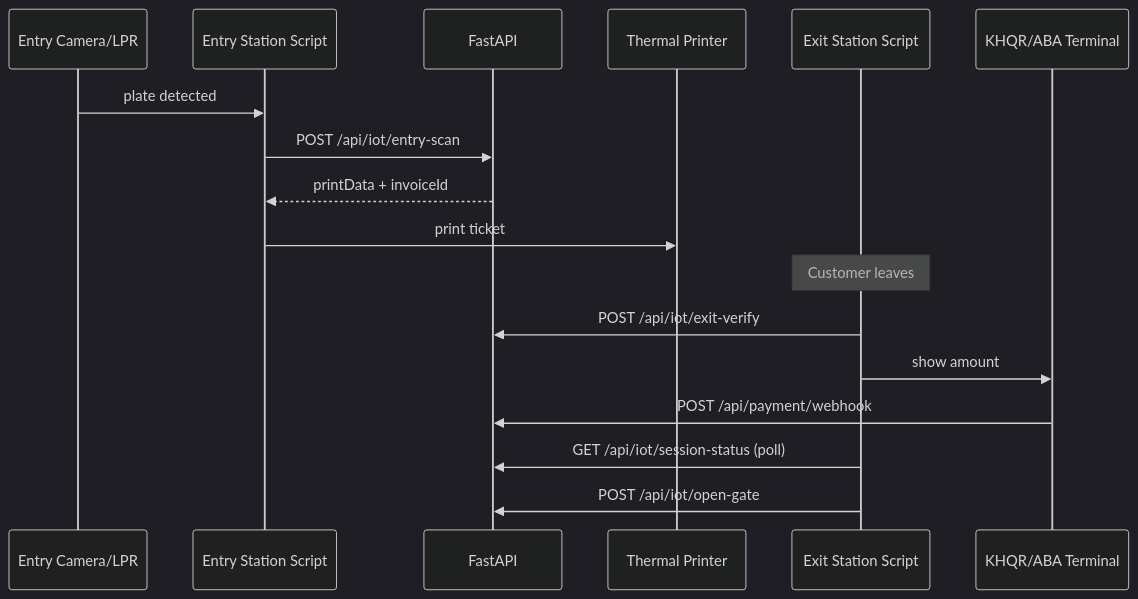
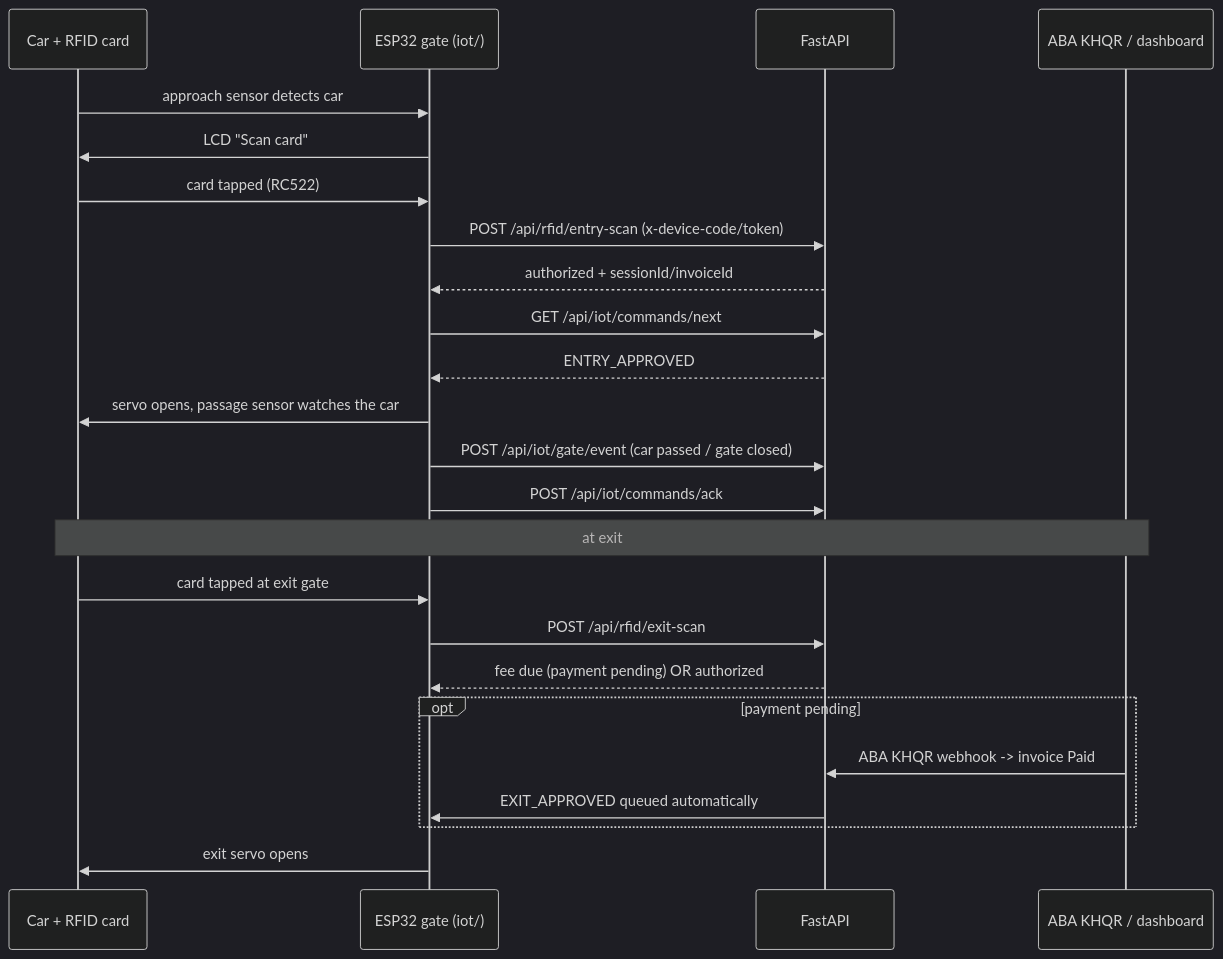
The diagram in backend/docs/IOT_DEVICES.md (Kimheang-code-IT/IOT-Parking-system), drawn with Mermaid (dark theme) before and after one commit. The commit also changed other lines of this file and 125 other files, not shown here.

First line of the commit message:
Add RFID gate stack, PostgreSQL Docker infrastructure, and tests

````diff
--- a/backend/docs/IOT_DEVICES.md
+++ b/backend/docs/IOT_DEVICES.md
@@ -11,20 +13,28 @@
 ```mermaid
 sequenceDiagram
-    participant Cam as Entry Camera/LPR
-    participant Entry as Entry Station Script
+    participant Car as Car + RFID card
+    participant ESP as ESP32 gate (iot/)
     participant API as FastAPI
-    participant Printer as Thermal Printer
-    participant Exit as Exit Station Script
-    participant Pay as KHQR/ABA Terminal
+    participant Pay as ABA KHQR / dashboard
 
-    Cam->>Entry: plate detected
-    Entry->>API: POST /api/iot/entry-scan
-    API-->>Entry: printData + invoiceId
-    Entry->>Printer: print ticket
-    Note over Exit: Customer leaves
-    Exit->>API: POST /api/iot/exit-verify
-    Exit->>Pay: show amount
-    Pay->>API: POST /api/payment/webhook
-    Exit->>API: GET /api/iot/session-status (poll)
-    Exit->>API: POST /api/iot/open-gate
+    Car->>ESP: approach sensor detects car
+    ESP->>Car: LCD "Scan card"
+    Car->>ESP: card tapped (RC522)
+    ESP->>API: POST /api/rfid/entry-scan  (x-device-code/token)
+    API-->>ESP: authorized + sessionId/invoiceId
+    ESP->>API: GET /api/iot/commands/next
+    API-->>ESP: ENTRY_APPROVED
+    ESP->>Car: servo opens, passage sensor watches the car
+    ESP->>API: POST /api/iot/gate/event (car passed / gate closed)
+    ESP->>API: POST /api/iot/commands/ack
+
+    Note over Car,Pay: at exit
+    Car->>ESP: card tapped at exit gate
+    ESP->>API: POST /api/rfid/exit-scan
+    API-->>ESP: fee due (payment pending) OR authorized
+    opt payment pending
+        Pay->>API: ABA KHQR webhook -> invoice Paid
+        API->>ESP: EXIT_APPROVED queued automatically
+    end
+    ESP->>Car: exit servo opens
 ```
````
